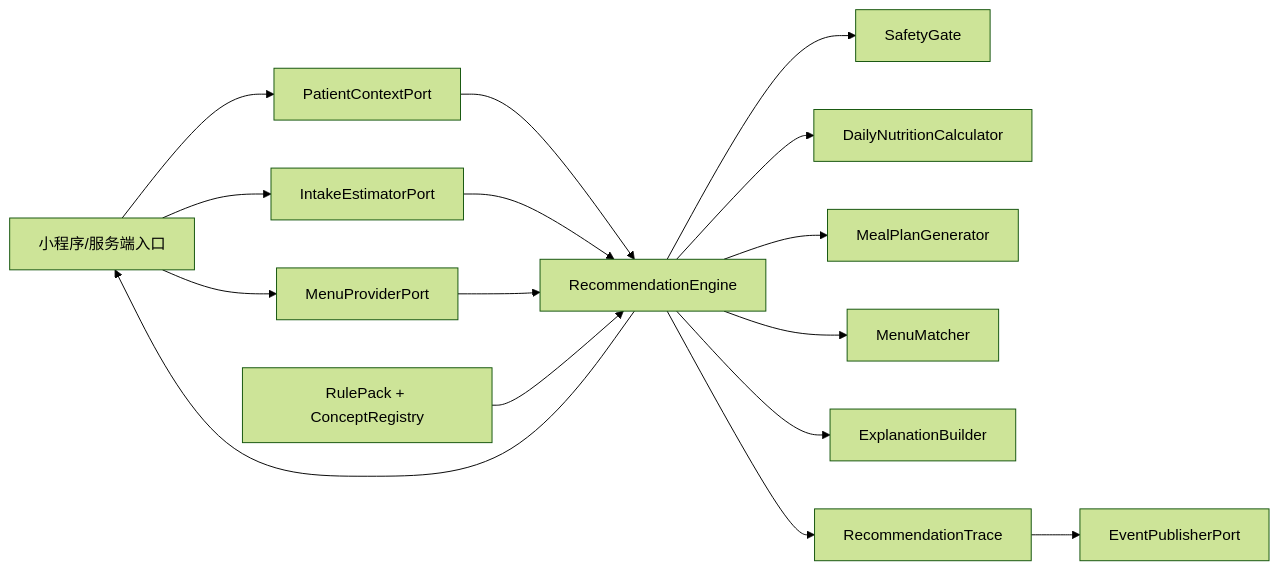
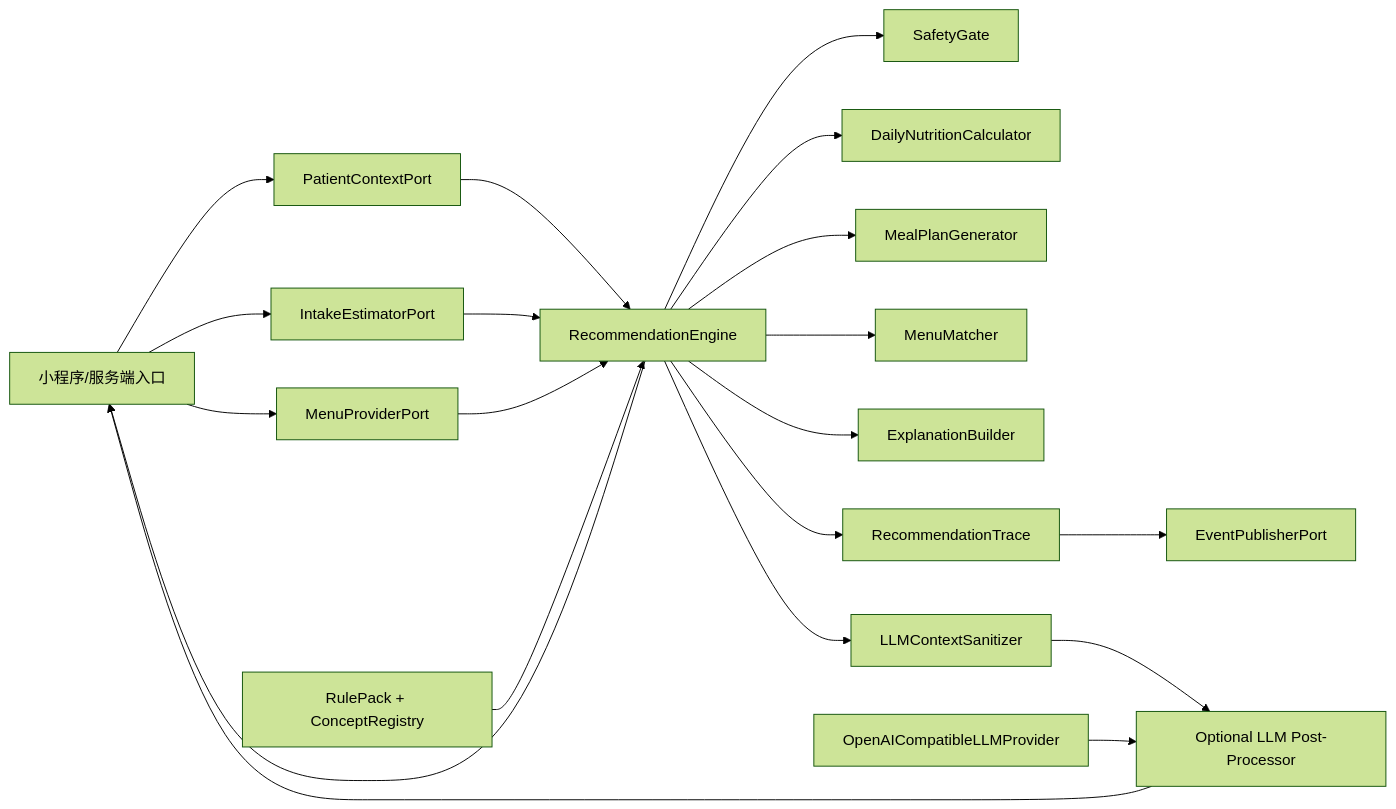
The first of 4 diagrams in docs/software-design.md (cosmic-snail/MediDiet), drawn with Mermaid (forest theme) before and after one commit. The commit also changed other lines of this file and 4 other files, not shown here.

Commit message:
docs: expose LLM API and update architecture

````diff
--- a/docs/software-design.md
+++ b/docs/software-design.md
@@ -80,32 +84,39 @@
 ```mermaid
 flowchart LR
   app["小程序/服务端入口"]
   patientPort["PatientContextPort"]
   intakePort["IntakeEstimatorPort"]
   menuPort["MenuProviderPort"]
   eventPort["EventPublisherPort"]
   engine["RecommendationEngine"]
   safety["SafetyGate"]
   nutrition["DailyNutritionCalculator"]
   planner["MealPlanGenerator"]
   matcher["MenuMatcher"]
   explainer["ExplanationBuilder"]
+  llm["Optional LLM Post-Processor"]
+  sanitizer["LLMContextSanitizer"]
+  llmProvider["OpenAICompatibleLLMProvider"]
   trace["RecommendationTrace"]
   rules["RulePack + ConceptRegistry"]
 
   app --> patientPort
   app --> intakePort
   app --> menuPort
   patientPort --> engine
   intakePort --> engine
   menuPort --> engine
   rules --> engine
   engine --> safety
   engine --> nutrition
   engine --> planner
   engine --> matcher
   engine --> explainer
   engine --> trace
+  engine --> sanitizer
+  sanitizer --> llm
+  llmProvider --> llm
+  llm --> app
   trace --> eventPort
   engine --> app
 ```
````
